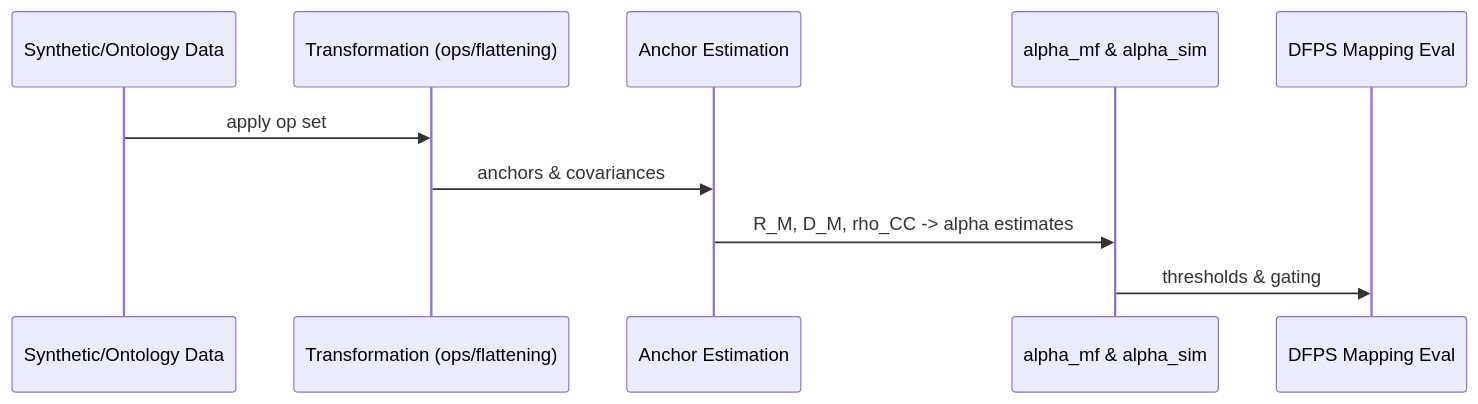
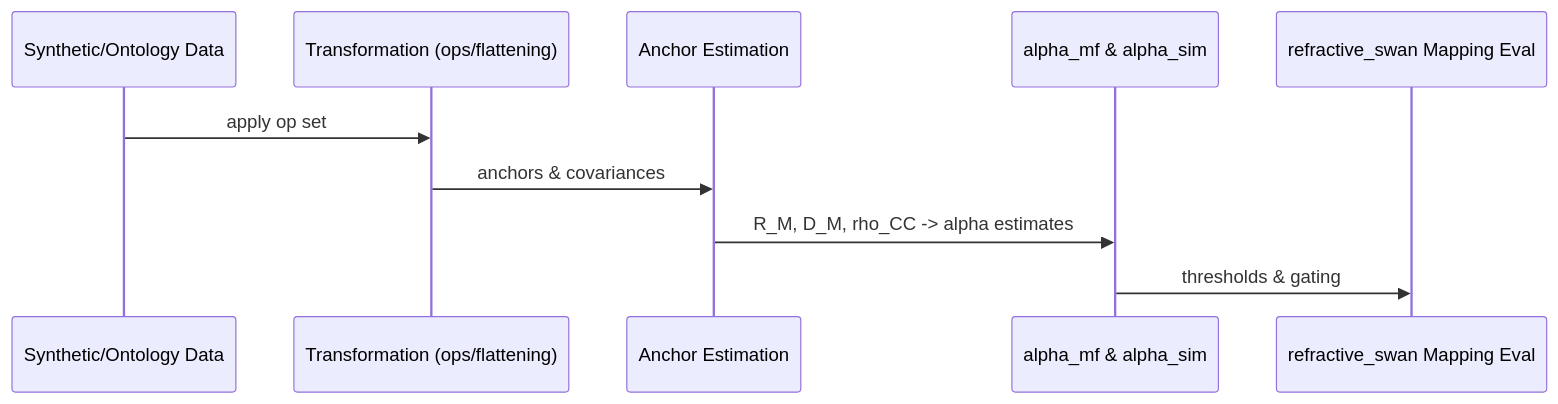
One commit to RefractiveSwan/monobase changed the first of 2 diagrams in docs/reference-terminology/manifold-clinical_ontology/bundles/Research_Bundle.md. Above: the diagram before and after it, drawn with Mermaid. The commit also changed 337 other files, not shown here.

Commit message:
Changed everything to reflect current architecture

````diff
--- a/docs/reference-terminology/manifold-clinical_ontology/bundles/Research_Bundle.md
+++ b/docs/reference-terminology/manifold-clinical_ontology/bundles/Research_Bundle.md
@@ -32,12 +32,12 @@
 ```mermaid
 sequenceDiagram
   participant S as Synthetic/Ontology Data
   participant Phi as Transformation (ops/flattening)
   participant A as Anchor Estimation
   participant M as alpha_mf & alpha_sim
-  participant E as DFPS Mapping Eval
+  participant E as refractive_swan Mapping Eval
   S->>Phi: apply op set
   Phi->>A: anchors & covariances
   A->>M: R_M, D_M, rho_CC -> alpha estimates
   M->>E: thresholds & gating
 ```
````
